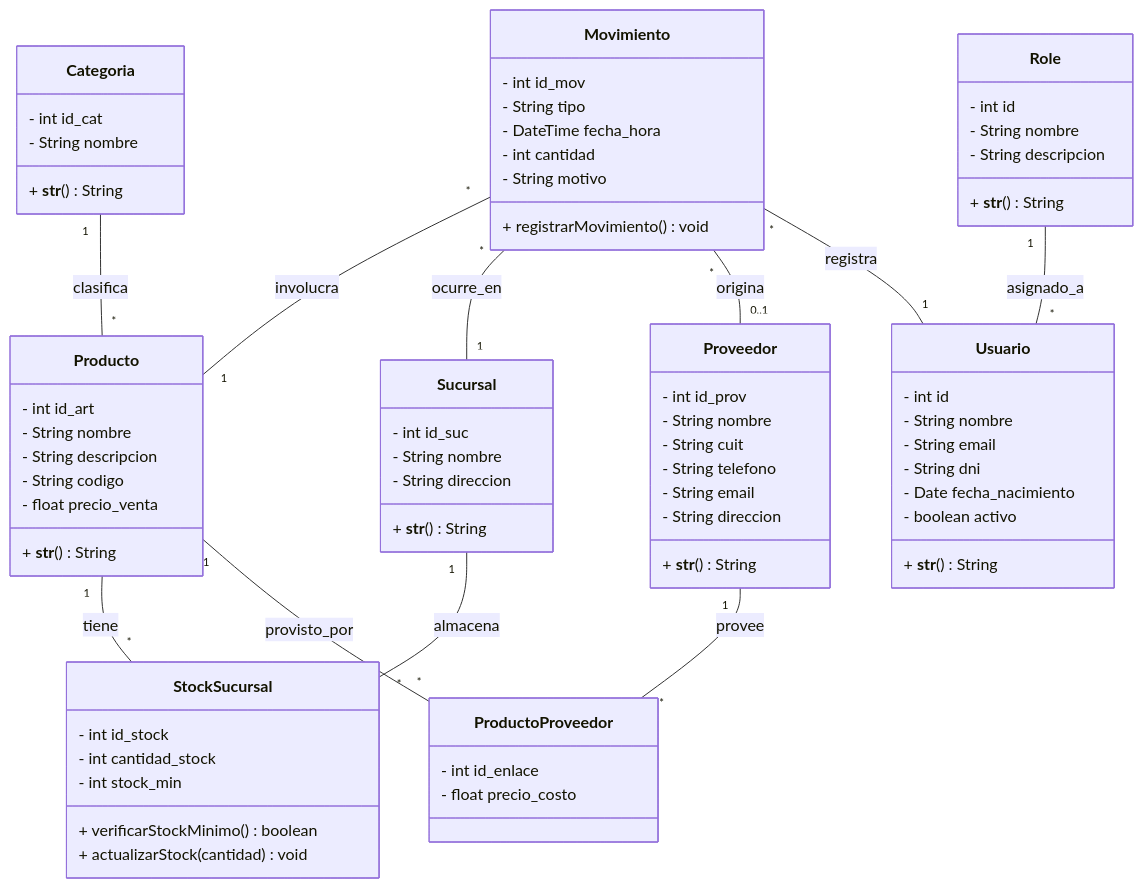
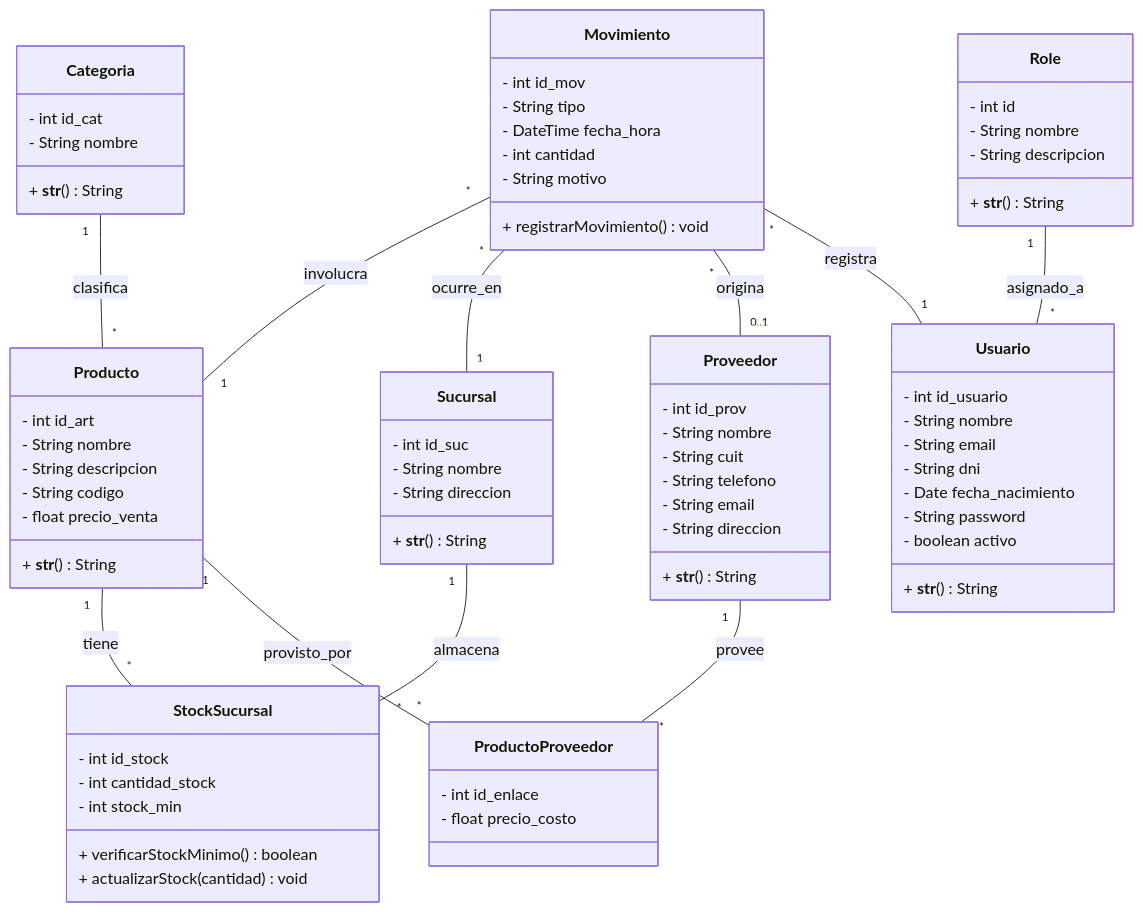
One commit to ISPC-WEB-2025/CodeLab changed the diagram in Docs/Diagrams/diagrama-de-clases.mmd. Above: the diagram before and after it, drawn with Mermaid. The commit also changed 3 other files, not shown here.

Commit message:
fix: Reemplaza diagramas por versiones corregidas (atributos clase usuario)

```diff
--- a/Docs/Diagrams/diagrama-de-clases.mmd
+++ b/Docs/Diagrams/diagrama-de-clases.mmd
@@ -1,87 +1,88 @@
 classDiagram
     class Categoria {
         - int id_cat
         - String nombre
         + __str__() String
     }
 
     class Producto {
         - int id_art
         - String nombre
         - String descripcion
         - String codigo
         - float precio_venta
         + __str__() String
     }
 
     class Sucursal {
         - int id_suc
         - String nombre
         - String direccion
         + __str__() String
     }
 
     class Proveedor {
         - int id_prov
         - String nombre
         - String cuit
         - String telefono
         - String email
         - String direccion
         + __str__() String
     }
 
     class StockSucursal {
         - int id_stock
         - int cantidad_stock
         - int stock_min
         + verificarStockMinimo() boolean
         + actualizarStock(cantidad) void
     }
 
     class ProductoProveedor {
         - int id_enlace
         - float precio_costo
     }
 
     class Role {
         - int id
         - String nombre
         - String descripcion
         + __str__() String
     }
 
     class Usuario {
-        - int id
+        - int id_usuario
         - String nombre
         - String email
         - String dni
         - Date fecha_nacimiento
+        - String password
         - boolean activo
         + __str__() String
     }
 
     class Movimiento {
         - int id_mov
         - String tipo
         - DateTime fecha_hora
         - int cantidad
         - String motivo
         + registrarMovimiento() void
     }
 
     %% Relaciones %%
     Categoria "1" -- "*" Producto : clasifica
     Producto "1" -- "*" StockSucursal : tiene
     Sucursal "1" -- "*" StockSucursal : almacena
     
     Producto "1" -- "*" ProductoProveedor : provisto_por
     Proveedor "1" -- "*" ProductoProveedor : provee
     
     Role "1" -- "*" Usuario : asignado_a
     
     %% Relaciones del Movimiento (basadas en tu modelo lógico) %%
     Movimiento "*" -- "1" Producto : involucra
     Movimiento "*" -- "1" Sucursal : ocurre_en
     Movimiento "*" -- "0..1" Proveedor : origina
     Movimiento "*" -- "1" Usuario : registra
```
